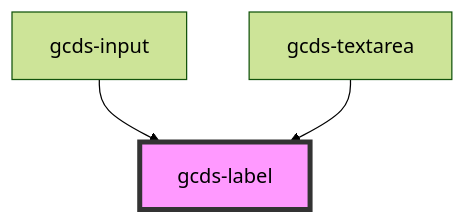
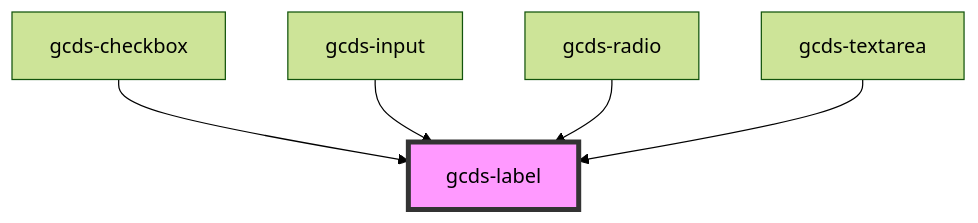
The diagram in src/components/gcds-label/readme.md (cds-snc/gcds-components), drawn with Mermaid (forest theme) before and after one commit. The commit also changed other lines of this file and 7 other files, not shown here.

````diff
--- a/src/components/gcds-label/readme.md
+++ b/src/components/gcds-label/readme.md
@@ -26,6 +28,8 @@
 ```mermaid
 graph TD;
+  gcds-checkbox --> gcds-label
   gcds-input --> gcds-label
+  gcds-radio --> gcds-label
   gcds-textarea --> gcds-label
   style gcds-label fill:#f9f,stroke:#333,stroke-width:4px
 ```
````
